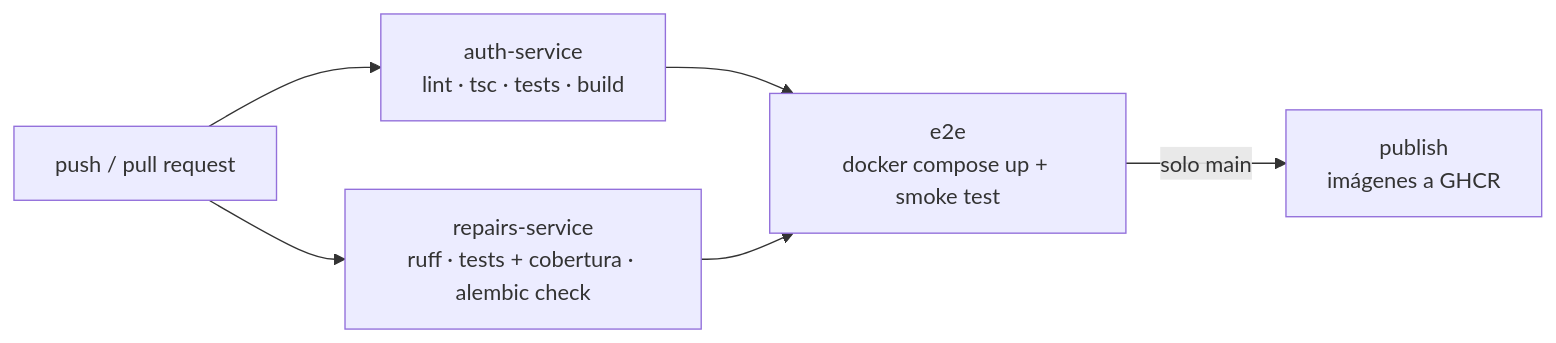
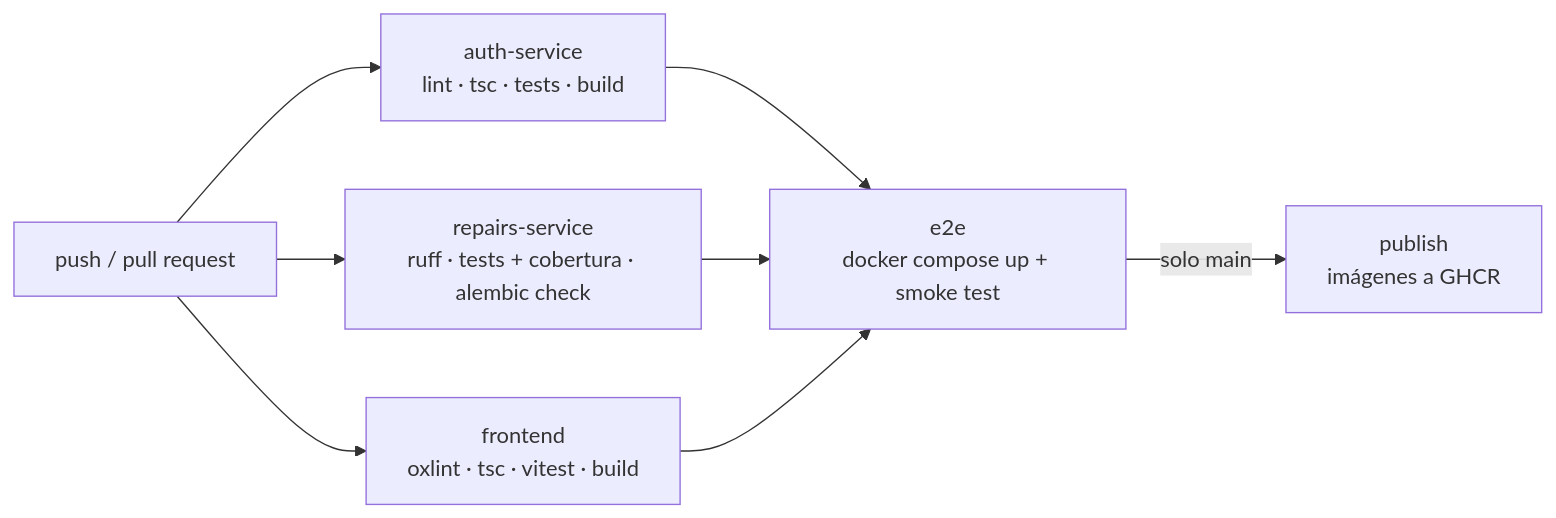
Before and after one commit to Ricardo031/mining-engine-repairs: the fifth of 5 diagrams in docs/architecture.md, drawn with Mermaid. The commit also changed other lines of this file and 1 other file, not shown here.

Commit message:
docs: se actualizo el README y la documentacion tecnica con el frontend

````diff
--- a/docs/architecture.md
+++ b/docs/architecture.md
@@ -342,8 +342,10 @@
 ```mermaid
 flowchart LR
     PR[push / pull request] --> A[auth-service<br/>lint · tsc · tests · build]
     PR --> B[repairs-service<br/>ruff · tests + cobertura · alembic check]
+    PR --> F[frontend<br/>oxlint · tsc · vitest · build]
     A --> E[e2e<br/>docker compose up + smoke test]
     B --> E
+    F --> E
     E -->|solo main| P[publish<br/>imágenes a GHCR]
 ```
````
